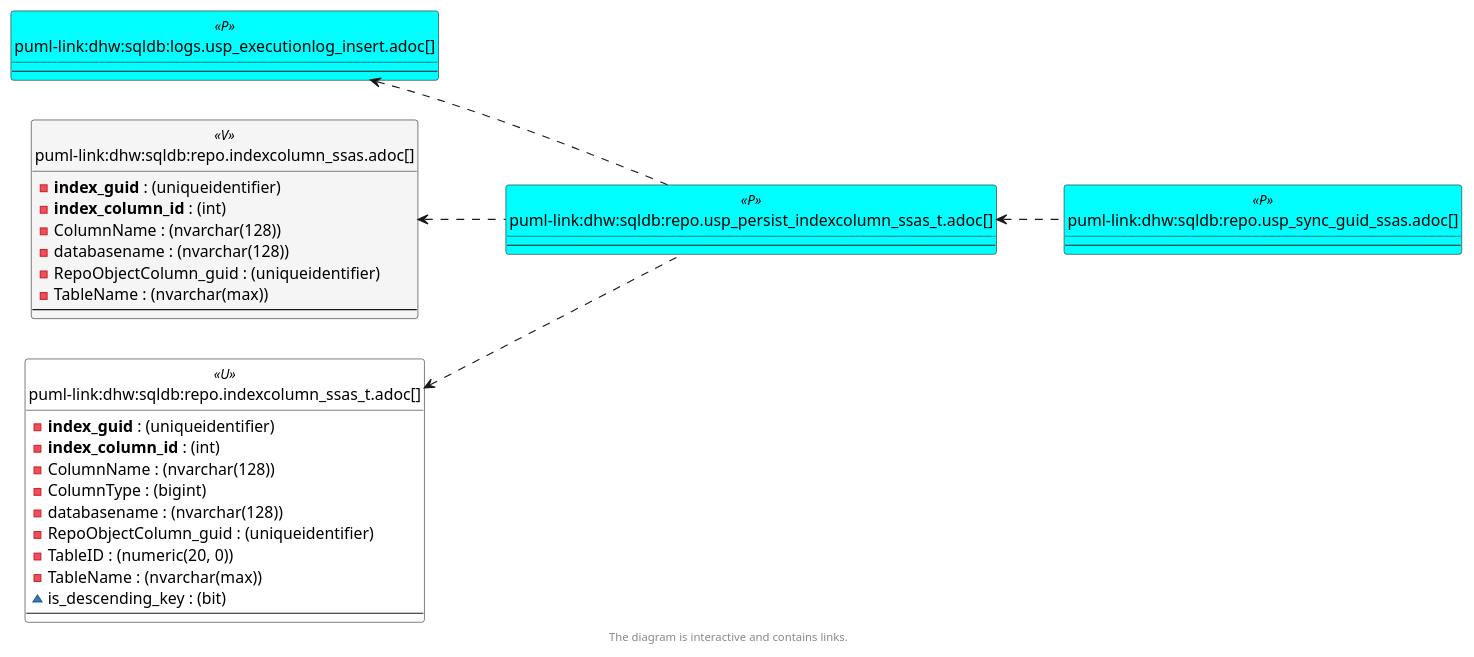
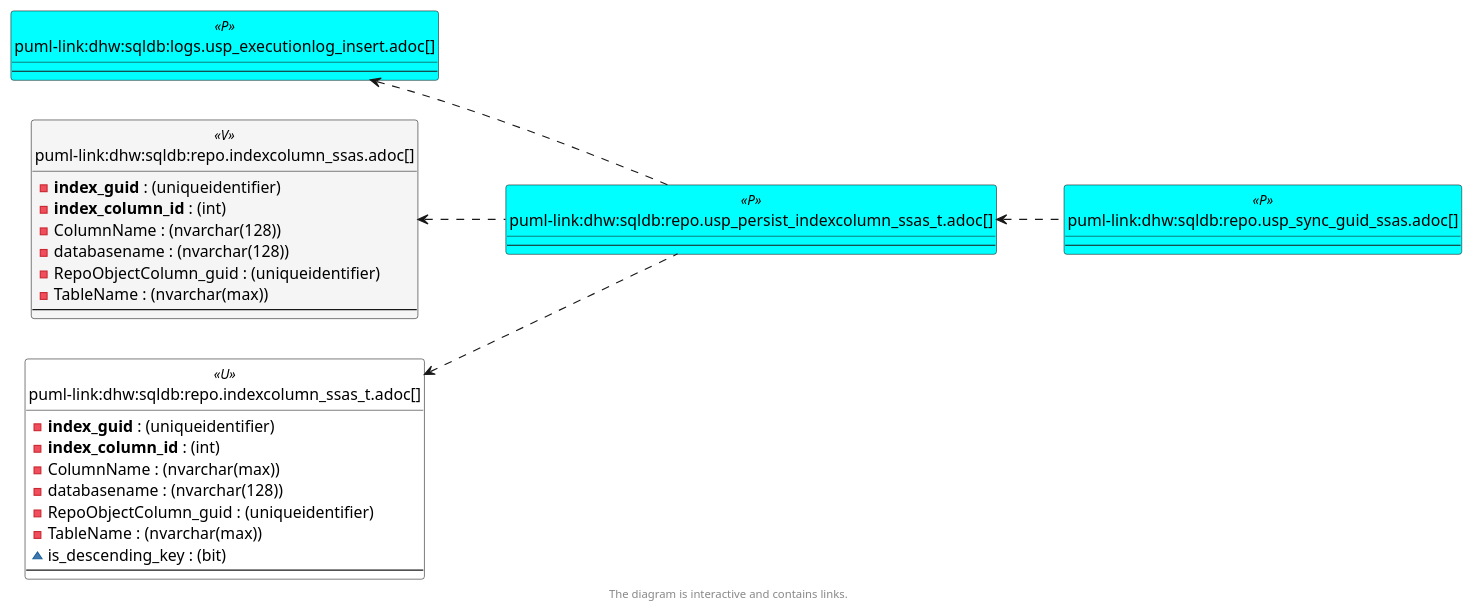
The sixth of 6 diagrams in docs/modules/sqldb/partials/content/repo.usp_persist_indexcolumn_ssas_t.adoc (DataHandwerk/dhw-antora-sqldb), drawn with PlantUML before and after one commit. The commit also changed other lines of this file and 641 other files, not shown here.

```diff
--- a/docs/modules/sqldb/partials/content/repo.usp_persist_indexcolumn_ssas_t.adoc
+++ b/docs/modules/sqldb/partials/content/repo.usp_persist_indexcolumn_ssas_t.adoc
@@ -918,75 +918,73 @@
 [plantuml, entity_1_1_colref-{docname}, svg, subs=macros]
 ....
 @startuml
 left to right direction
 'top to bottom direction
 hide circle
 'avoide "." issues:
 set namespaceSeparator none
 
 
 skinparam class {
   BackgroundColor White
   BackgroundColor<<FN>> Yellow
   BackgroundColor<<FS>> Yellow
   BackgroundColor<<FT>> LightGray
   BackgroundColor<<IF>> Yellow
   BackgroundColor<<IS>> Yellow
   BackgroundColor<<P>>  Aqua
   BackgroundColor<<PC>> Aqua
   BackgroundColor<<SN>> Yellow
   BackgroundColor<<SO>> SlateBlue
   BackgroundColor<<TF>> LightGray
   BackgroundColor<<TR>> Tomato
   BackgroundColor<<U>>  White
   BackgroundColor<<V>>  WhiteSmoke
   BackgroundColor<<X>>  Aqua
   BackgroundColor<<external>> AliceBlue
 }
 
 
 entity "puml-link:dhw:sqldb:logs.usp_executionlog_insert.adoc[]" as logs.usp_ExecutionLog_insert << P >> {
   --
 }
 
 entity "puml-link:dhw:sqldb:repo.indexcolumn_ssas.adoc[]" as repo.IndexColumn_ssas << V >> {
   - **index_guid** : (uniqueidentifier)
   - **index_column_id** : (int)
   - ColumnName : (nvarchar(128))
   - databasename : (nvarchar(128))
   - RepoObjectColumn_guid : (uniqueidentifier)
   - TableName : (nvarchar(max))
   --
 }
 
 entity "puml-link:dhw:sqldb:repo.indexcolumn_ssas_t.adoc[]" as repo.IndexColumn_ssas_T << U >> {
   - **index_guid** : (uniqueidentifier)
   - **index_column_id** : (int)
-  - ColumnName : (nvarchar(128))
-  - ColumnType : (bigint)
+  - ColumnName : (nvarchar(max))
   - databasename : (nvarchar(128))
   - RepoObjectColumn_guid : (uniqueidentifier)
-  - TableID : (numeric(20, 0))
   - TableName : (nvarchar(max))
   ~ is_descending_key : (bit)
   --
 }
 
 entity "puml-link:dhw:sqldb:repo.usp_persist_indexcolumn_ssas_t.adoc[]" as repo.usp_PERSIST_IndexColumn_ssas_T << P >> {
   --
 }
 
 entity "puml-link:dhw:sqldb:repo.usp_sync_guid_ssas.adoc[]" as repo.usp_sync_guid_ssas << P >> {
   --
 }
 
 logs.usp_ExecutionLog_insert <.. repo.usp_PERSIST_IndexColumn_ssas_T
 repo.IndexColumn_ssas <.. repo.usp_PERSIST_IndexColumn_ssas_T
 repo.IndexColumn_ssas_T <.. repo.usp_PERSIST_IndexColumn_ssas_T
 repo.usp_PERSIST_IndexColumn_ssas_T <.. repo.usp_sync_guid_ssas
 
 
 footer The diagram is interactive and contains links.
 
 @enduml
 ....
```
